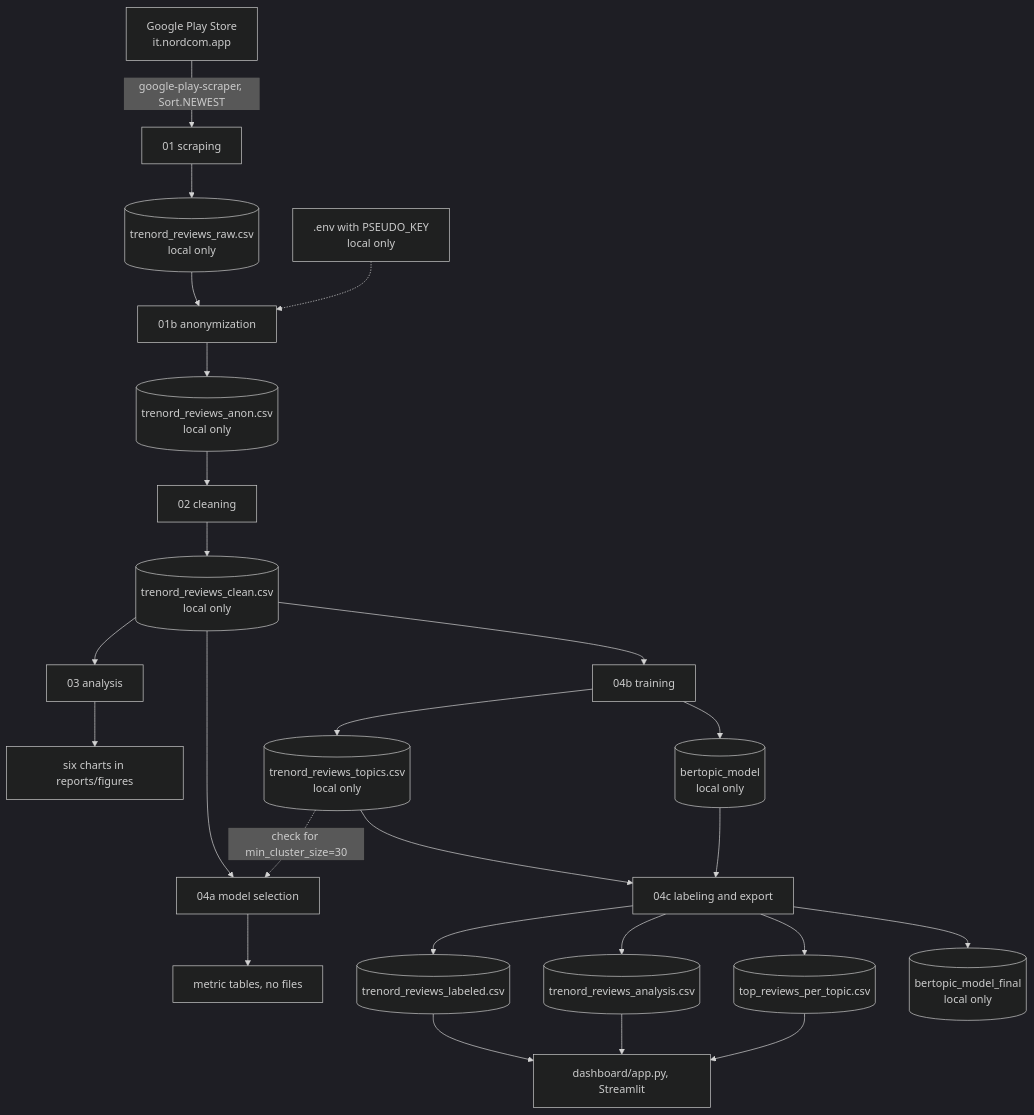
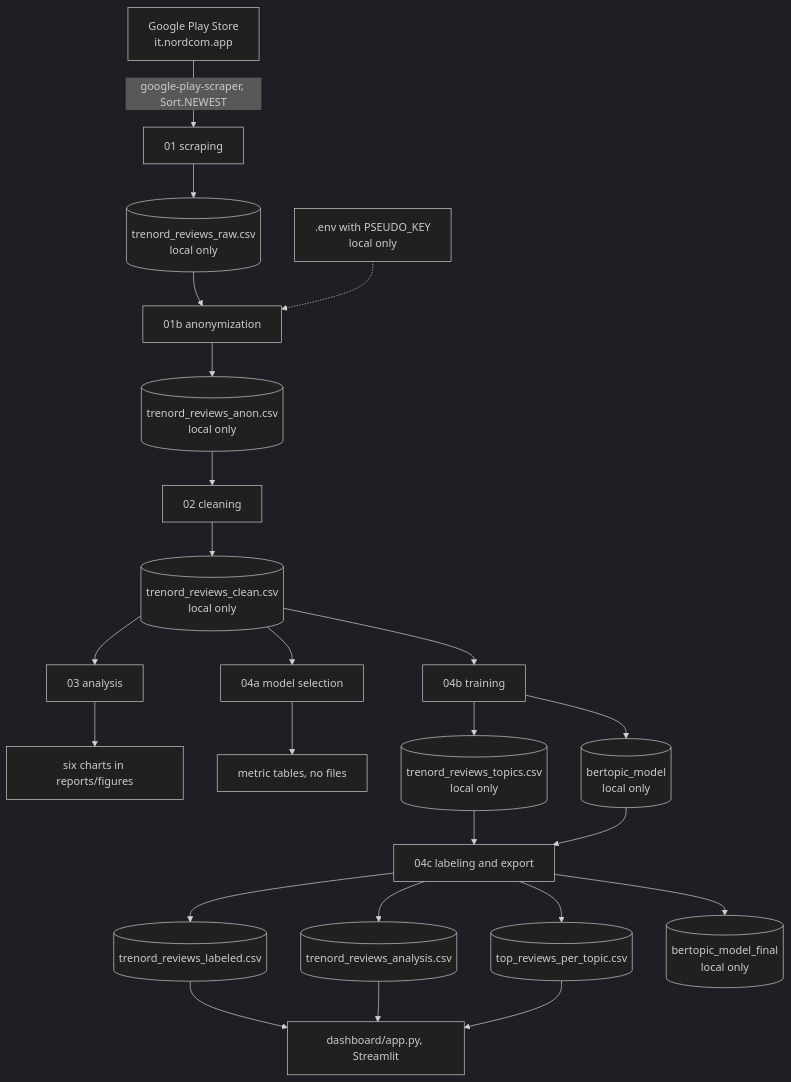
The diagram in docs/architecture.md (paolotroia-datavizlab/trenord-reviews-bertopic), drawn with Mermaid (dark theme) before and after one commit. The commit also changed other lines of this file and 1 other file, not shown here.

````diff
--- a/docs/architecture.md
+++ b/docs/architecture.md
@@ -33,27 +33,26 @@
 ```mermaid
 flowchart TD
     PS["Google Play Store<br/>it.nordcom.app"] -->|"google-play-scraper, Sort.NEWEST"| N01["01 scraping"]
     N01 --> RAW[("trenord_reviews_raw.csv<br/>local only")]
     RAW --> N01b["01b anonymization"]
     ENV[".env with PSEUDO_KEY<br/>local only"] -.-> N01b
     N01b --> ANON[("trenord_reviews_anon.csv<br/>local only")]
     ANON --> N02["02 cleaning"]
     N02 --> CLEAN[("trenord_reviews_clean.csv<br/>local only")]
     CLEAN --> N03["03 analysis"]
     N03 --> PNG["six charts in reports/figures"]
     CLEAN --> N04a["04a model selection"]
     N04a --> TABLES["metric tables, no files"]
     CLEAN --> N04b["04b training"]
     N04b --> TOPICS[("trenord_reviews_topics.csv<br/>local only")]
     N04b --> MODEL[("bertopic_model<br/>local only")]
-    TOPICS -.->|"check for min_cluster_size=30"| N04a
     TOPICS --> N04c["04c labeling and export"]
     MODEL --> N04c
     N04c --> LAB[("trenord_reviews_labeled.csv")]
     N04c --> ANA[("trenord_reviews_analysis.csv")]
     N04c --> TOP[("top_reviews_per_topic.csv")]
     N04c --> FINAL[("bertopic_model_final<br/>local only")]
     LAB --> DASH["dashboard/app.py, Streamlit"]
     ANA --> DASH
     TOP --> DASH
 ```
````
